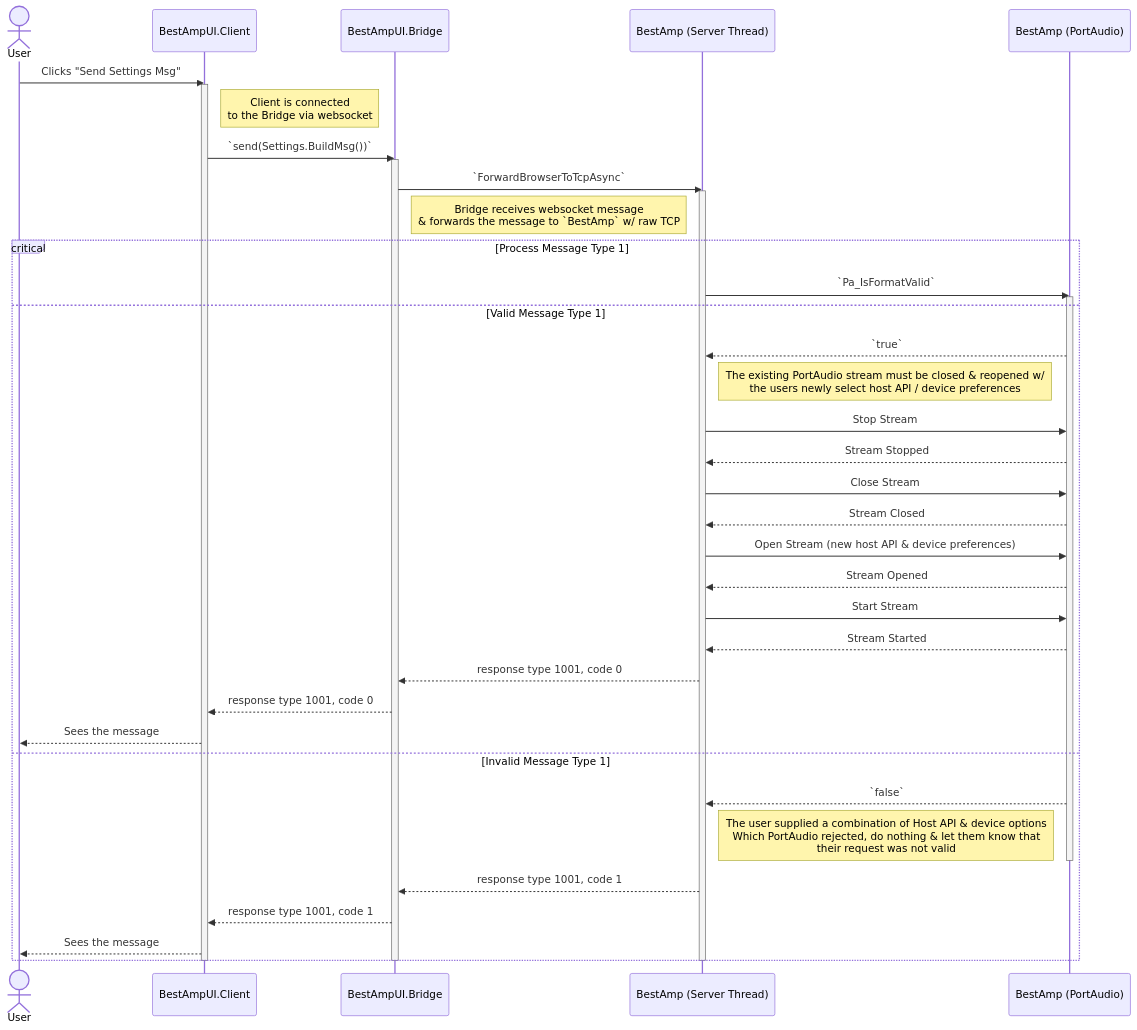
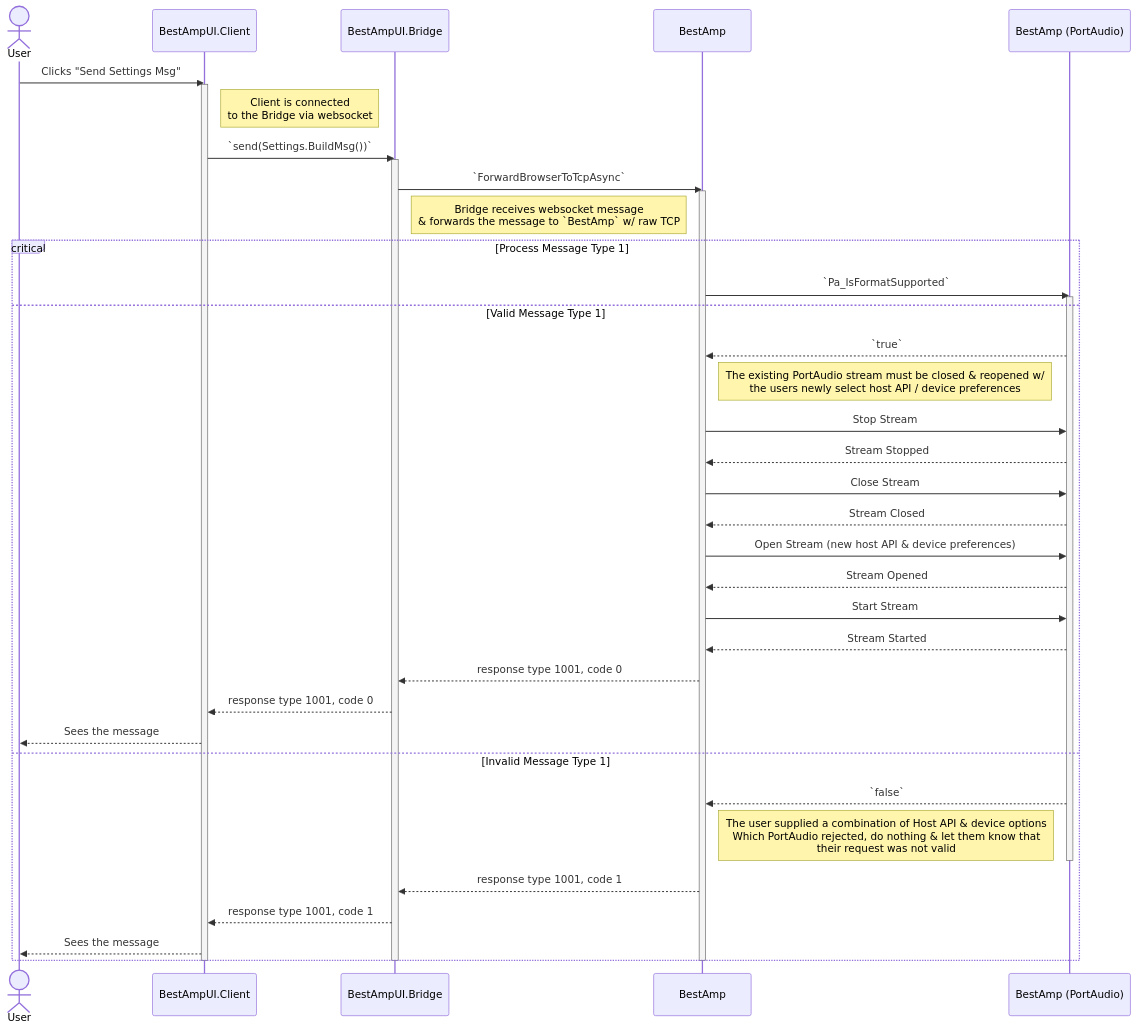
The diagram in docs/ba_update_prefs_seq.mmd (Even-Better-Software/BestAmp), drawn with Mermaid before and after one commit. The commit also changed 1 other file, not shown here.

Commit message:
WO: update amp values sequence diagram created.

```diff
--- a/docs/ba_update_prefs_seq.mmd
+++ b/docs/ba_update_prefs_seq.mmd
@@ -1,49 +1,49 @@
 sequenceDiagram
     actor U as User
 
     participant C   as BestAmpUI.Client
     participant B   as BestAmpUI.Bridge
-    participant A1  as BestAmp (Server Thread)
+    participant A1  as BestAmp
     participant A2  as BestAmp (PortAudio)
 
 
     %% start
     U ->> C: Clicks "Send Settings Msg"
     activate C
     Note right of C: Client is connected<br/>to the Bridge via websocket
     C ->> B: `send(Settings.BuildMsg())`
     activate B
     B ->> A1: `ForwardBrowserToTcpAsync`
     activate A1
     Note right of B: Bridge receives websocket message<br/>& forwards the message to `BestAmp` w/  raw TCP
 
     critical    Process Message Type 1
-    A1 ->> A2: `Pa_IsFormatValid`
+    A1 ->> A2: `Pa_IsFormatSupported`
     activate A2
     option      Valid Message Type 1
         A2 -->> A1: `true`
         Note right of A1: The existing PortAudio stream must be closed & reopened w/<br/>the users newly select host API / device preferences
         A1 ->> A2: Stop Stream
         A2 -->> A1: Stream Stopped
         A1 ->> A2: Close Stream
         A2 -->> A1: Stream Closed
         A1 ->> A2: Open Stream (new host API & device preferences)
         A2 -->> A1: Stream Opened
         A1 ->> A2: Start Stream
         A2 -->> A1: Stream Started
         A1 -->> B: response type 1001, code 0
         B -->> C: response type 1001, code 0
         C -->> U: Sees the message
     option      Invalid Message Type 1
         A2 -->> A1: `false`
         Note right of A1: The user supplied a combination of Host API & device options<br/>Which PortAudio rejected, do nothing & let them know that<br/>their request was not valid
         %% [WO] annoyingly I have to put this in here
         deactivate A2
         A1 -->> B: response type 1001, code 1
         B -->> C: response type 1001, code 1
         C -->> U: Sees the message
     end
     deactivate A1
     deactivate B
     deactivate C
     %% end
```
